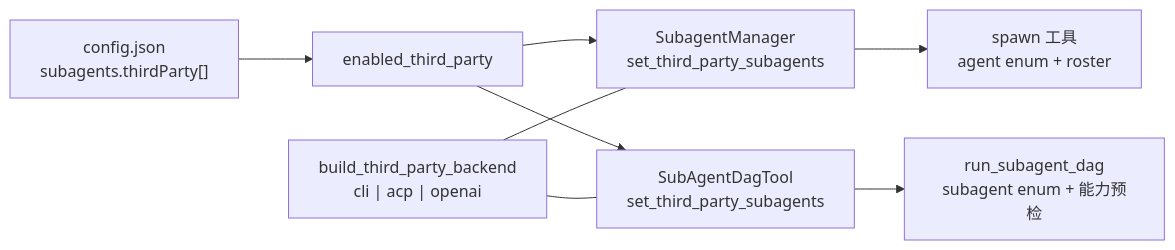
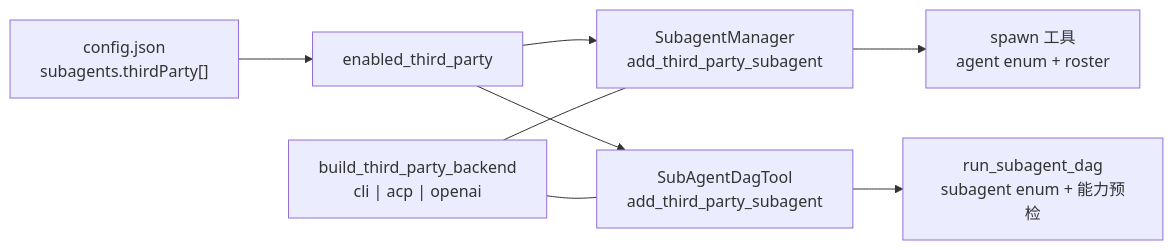
The first of 2 diagrams in docs/specs/2026-08-11-external-agent-registry-design.md (EverMind-AI/Raven), drawn with Mermaid before and after one commit. The commit also changed other lines of this file and 7 other files, not shown here.

````diff
--- a/docs/specs/2026-08-11-external-agent-registry-design.md
+++ b/docs/specs/2026-08-11-external-agent-registry-design.md
@@ -75,10 +75,10 @@
 ```mermaid
 graph LR
     cfg["config.json<br/>subagents.thirdParty[]"] --> filter["enabled_third_party"]
-    filter --> mgr["SubagentManager<br/>set_third_party_subagents"]
-    filter --> dagtool["SubAgentDagTool<br/>set_third_party_subagents"]
+    filter --> mgr["SubagentManager<br/>add_third_party_subagent"]
+    filter --> dagtool["SubAgentDagTool<br/>add_third_party_subagent"]
     mgr --> spawn["spawn 工具<br/>agent enum + roster"]
     dagtool --> dag["run_subagent_dag<br/>subagent enum + 能力预检"]
     build["build_third_party_backend<br/>cli | acp | openai"] --- mgr
     build --- dagtool
 ```
````
